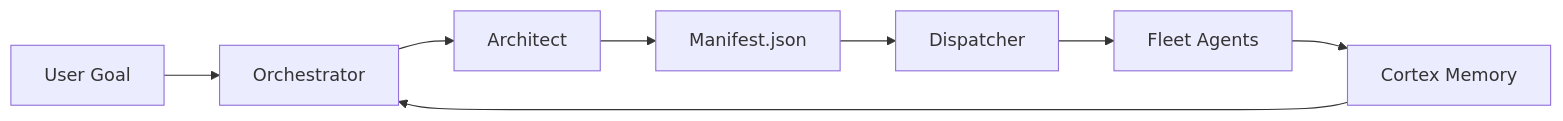
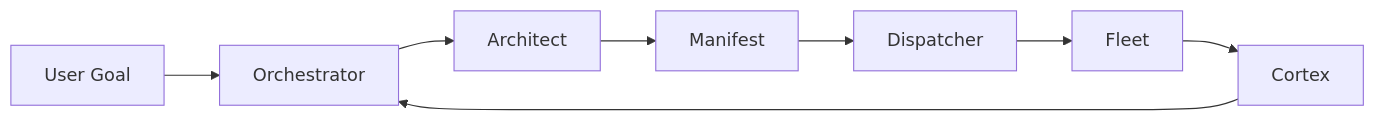
One commit to sebastienrousseau/euxis changed the diagram in README.md. Above: the diagram before and after it, drawn with Mermaid. The commit also changed other lines of this file and 6 other files, not shown here.

````diff
--- a/README.md
+++ b/README.md
@@ -21,10 +84,10 @@
 ```mermaid
 flowchart LR
   U[User Goal] --> O[Orchestrator]
   O --> A[Architect]
-  A --> M[Manifest.json]
+  A --> M[Manifest]
   M --> D[Dispatcher]
-  D --> F[Fleet Agents]
-  F --> C[Cortex Memory]
+  D --> F[Fleet]
+  F --> C[Cortex]
   C --> O
 ```
````
